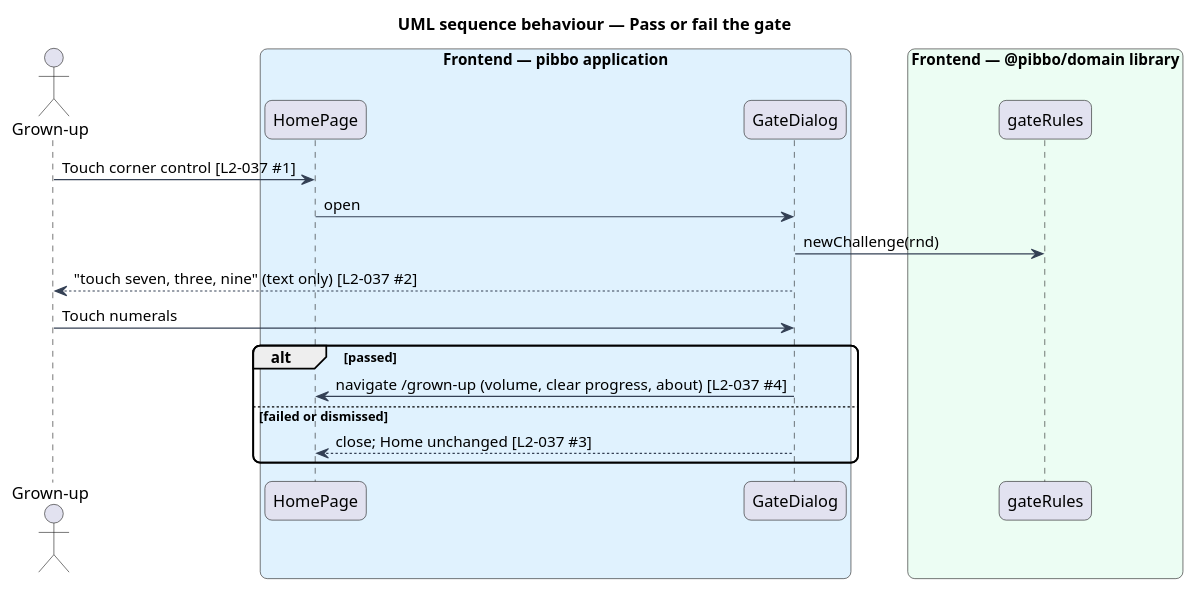
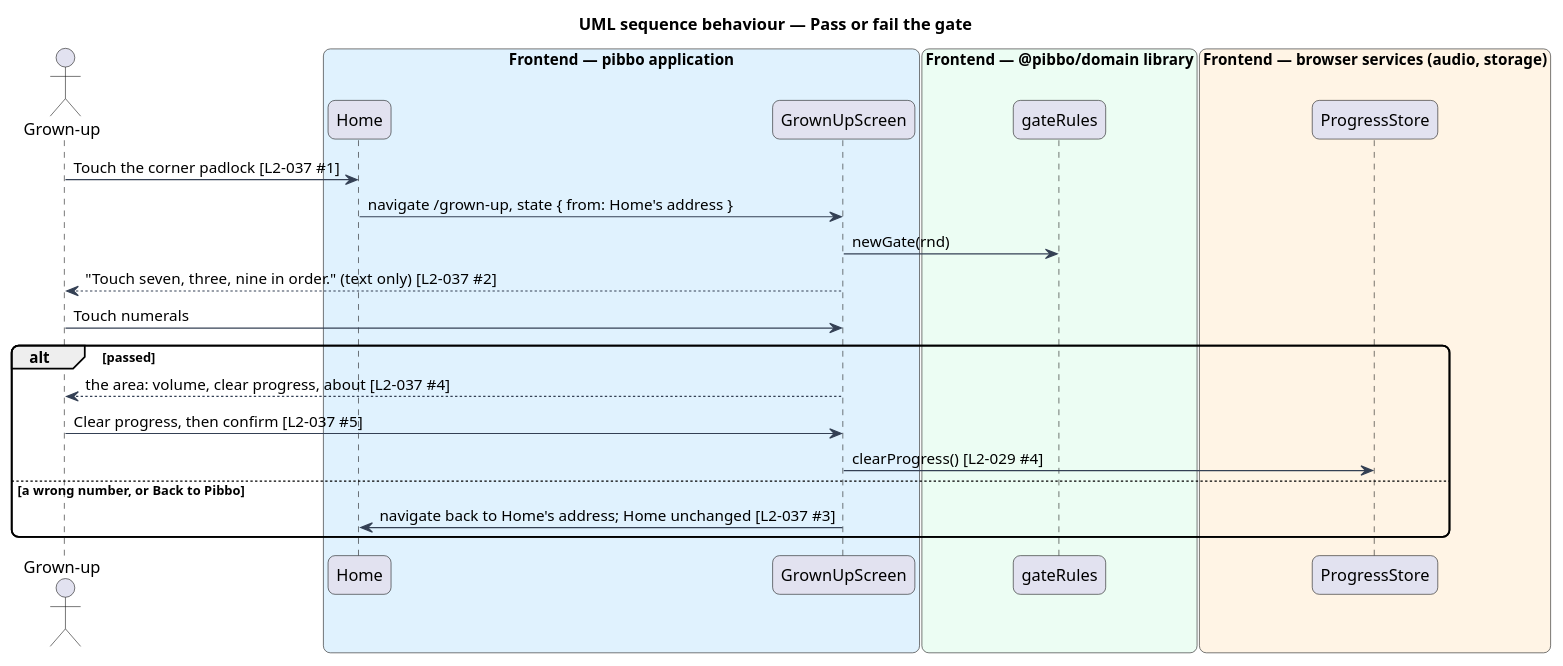
Before and after one commit to QuinntyneBrown/pibbo: the diagram in docs/detailed-designs/grown-up/grown-up-gate/diagrams/sequence-pass-gate.puml, drawn with PlantUML. The commit also changed 35 other files, not shown here.

First line of the commit message:
Make the gate and the Clear progress confirmation steps of one grown-up screen, not CDK dialogs: the CDK grew the initial bundle past its budget (mocks, design system, L2-037, ADR 0028, design)

```diff
--- a/docs/detailed-designs/grown-up/grown-up-gate/diagrams/sequence-pass-gate.puml
+++ b/docs/detailed-designs/grown-up/grown-up-gate/diagrams/sequence-pass-gate.puml
@@ -1,26 +1,31 @@
 @startuml
 title UML sequence behaviour — Pass or fail the gate
 skinparam backgroundColor #FFFFFF
 skinparam shadowing false
 skinparam roundcorner 12
 skinparam defaultFontName Arial
 skinparam ArrowColor #344054
 actor "Grown-up" as actor
 box "Frontend — pibbo application" #E0F2FE
-  participant "HomePage" as home
-  participant "GateDialog" as gate
+  participant "Home" as home
+  participant "GrownUpScreen" as screen
 end box
 box "Frontend — @pibbo/domain library" #ECFDF3
   participant "gateRules" as rules
 end box
-actor -> home : Touch corner control [L2-037 #1]
-home -> gate : open
-gate -> rules : newChallenge(rnd)
-gate --> actor : "touch seven, three, nine" (text only) [L2-037 #2]
-actor -> gate : Touch numerals
+box "Frontend — browser services (audio, storage)" #FFF4E5
+  participant "ProgressStore" as store
+end box
+actor -> home : Touch the corner padlock [L2-037 #1]
+home -> screen : navigate /grown-up, state { from: Home's address }
+screen -> rules : newGate(rnd)
+screen --> actor : "Touch seven, three, nine in order." (text only) [L2-037 #2]
+actor -> screen : Touch numerals
 alt passed
-  gate -> home : navigate /grown-up (volume, clear progress, about) [L2-037 #4]
-else failed or dismissed
-  gate --> home : close; Home unchanged [L2-037 #3]
+  screen --> actor : the area: volume, clear progress, about [L2-037 #4]
+  actor -> screen : Clear progress, then confirm [L2-037 #5]
+  screen -> store : clearProgress() [L2-029 #4]
+else a wrong number, or Back to Pibbo
+  screen -> home : navigate back to Home's address; Home unchanged [L2-037 #3]
 end
 @enduml
```
